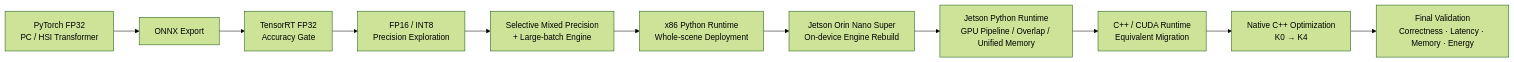
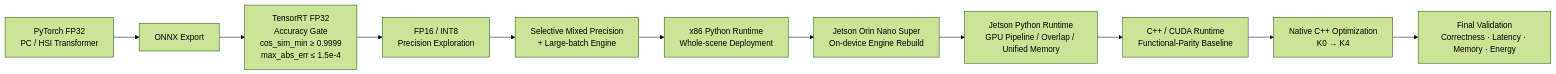
One commit to daydreamer00824/hspc-deploy changed the first of 3 diagrams in README.md. Above: the diagram before and after it, drawn with Mermaid (forest theme). The commit also changed other lines of this file and 3 other files, not shown here.

````diff
--- a/README.md
+++ b/README.md
@@ -25,16 +26,16 @@
 ```mermaid
 flowchart LR
     A["PyTorch FP32<br/>PC / HSI Transformer"]
     B["ONNX Export"]
-    C["TensorRT FP32<br/>Accuracy Gate"]
+    C["TensorRT FP32<br/>Accuracy Gate<br/>cos_sim_min ≥ 0.9999<br/>max_abs_err ≤ 1.5e-4"]
     D["FP16 / INT8<br/>Precision Exploration"]
     E["Selective Mixed Precision<br/>+ Large-batch Engine"]
     F["x86 Python Runtime<br/>Whole-scene Deployment"]
     G["Jetson Orin Nano Super<br/>On-device Engine Rebuild"]
     H["Jetson Python Runtime<br/>GPU Pipeline / Overlap / Unified Memory"]
-    I["C++ / CUDA Runtime<br/>Equivalent Migration"]
+    I["C++ / CUDA Runtime<br/>Functional-Parity Baseline"]
     J["Native C++ Optimization<br/>K0 → K4"]
     K["Final Validation<br/>Correctness · Latency · Memory · Energy"]
 
     A --> B --> C --> D --> E --> F --> G --> H --> I --> J --> K
 ```
````
